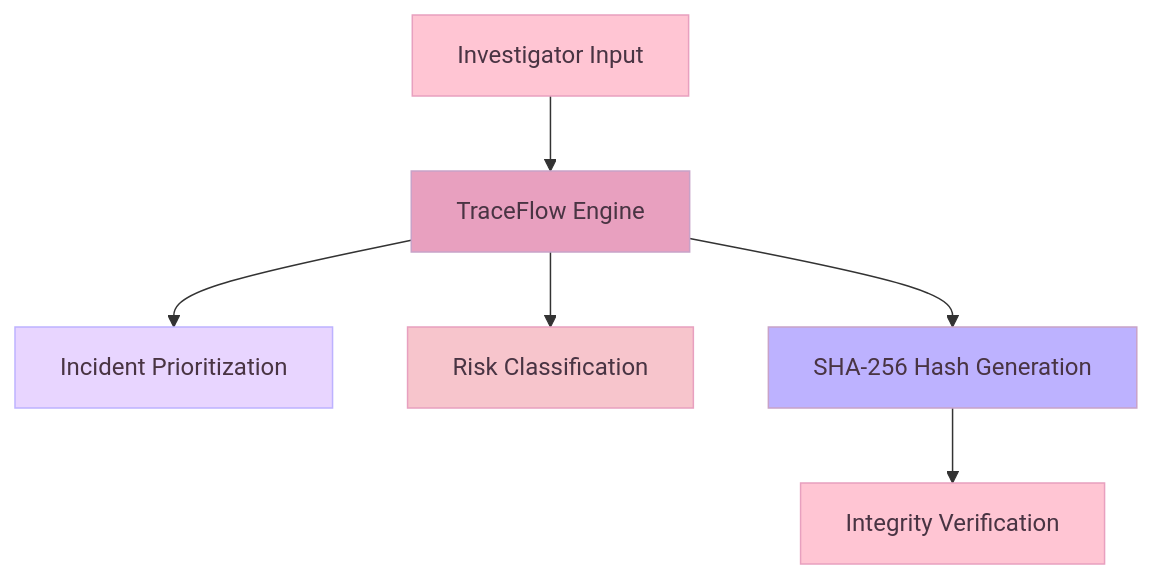
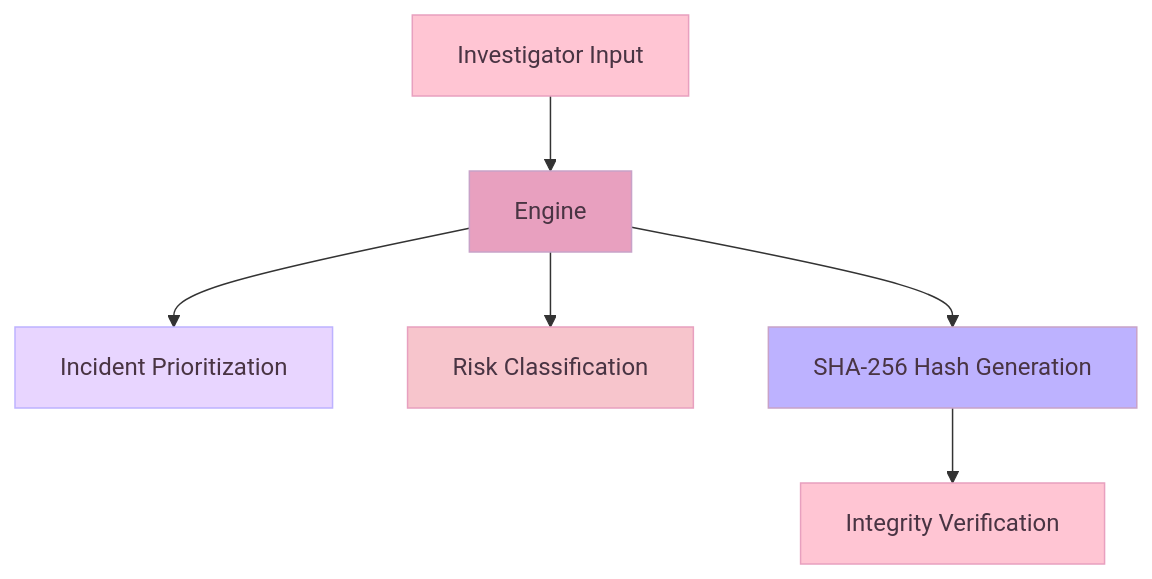
One commit to kaylahicks192/Intelligent-Digital-Forensics-Incident-Intelligence-Platform changed the diagram in README.md. Above: the diagram before and after it, drawn with Mermaid. The commit also changed other lines of this file, not shown here.

````diff
--- a/README.md
+++ b/README.md
@@ -133,15 +125,15 @@
 ```mermaid
 flowchart TD
-    A[Investigator Input] --> B[TraceFlow Engine]
+    A[Investigator Input] --> B[Engine]
     B --> C[Incident Prioritization]
     B --> D[Risk Classification]
     B --> E[SHA-256 Hash Generation]
     E --> F[Integrity Verification]
 
     style A fill:#FFC5D3,stroke:#E8A0BF,color:#493443
     style B fill:#E8A0BF,stroke:#C8A2C8,color:#493443
     style C fill:#E8D5FF,stroke:#BDB2FF,color:#493443
     style D fill:#F7C5CC,stroke:#E8A0BF,color:#493443
     style E fill:#BDB2FF,stroke:#C8A2C8,color:#493443
     style F fill:#FFC5D3,stroke:#E8A0BF,color:#493443
 ```
````
